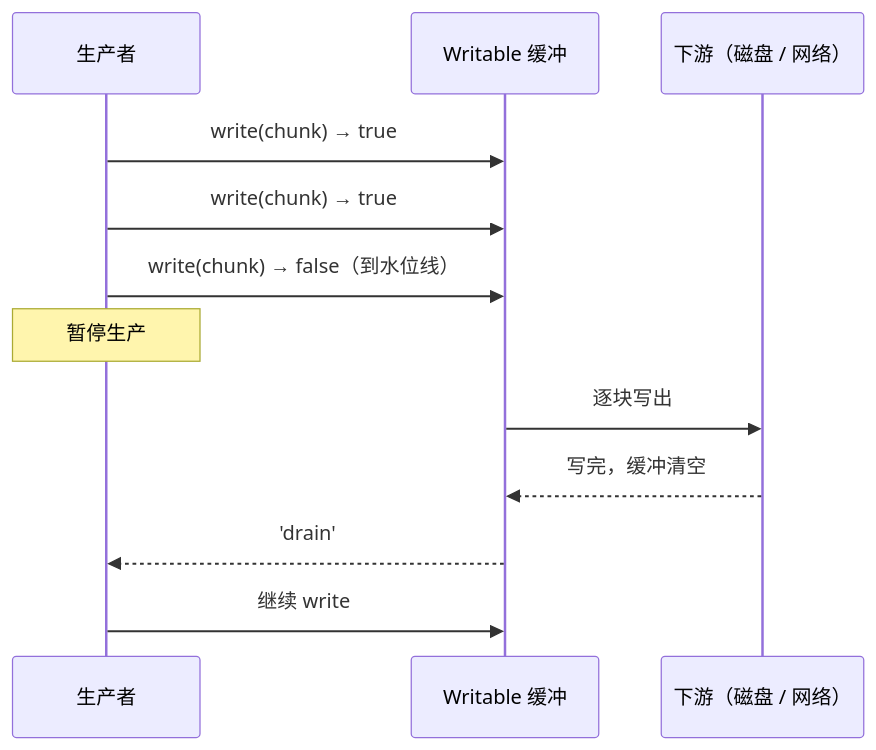
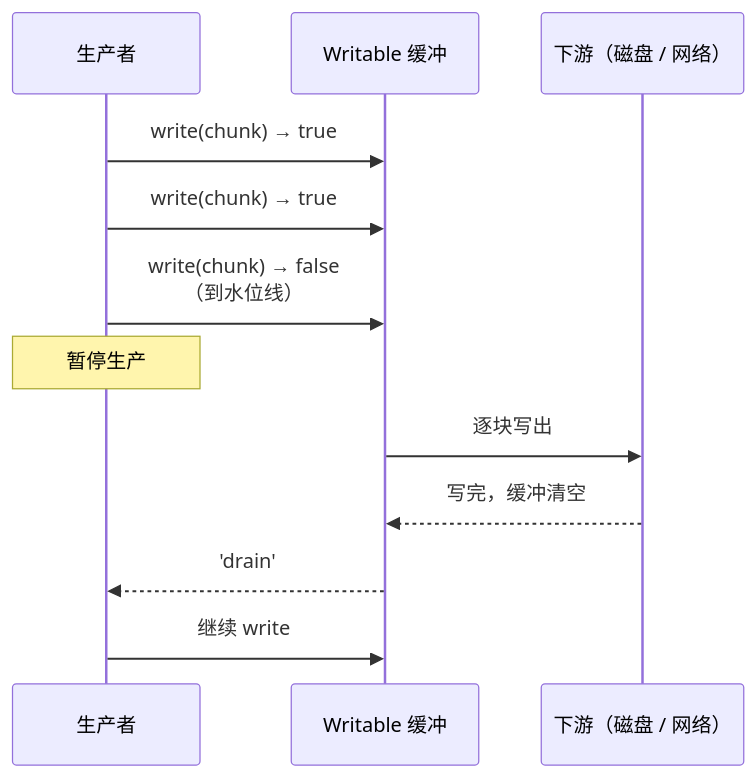
The first of 2 diagrams in books/ts-node-advanced/07-streams-backpressure.md (jarvis-pro/hatch-shelf), drawn with Mermaid before and after one commit. The commit also changed other lines of this file and 432 other files, not shown here.

````diff
--- a/books/ts-node-advanced/07-streams-backpressure.md
+++ b/books/ts-node-advanced/07-streams-backpressure.md
@@ -31,14 +31,14 @@
 ```mermaid
 sequenceDiagram
   participant P as 生产者
   participant W as Writable 缓冲
   participant D as 下游（磁盘 / 网络）
   P->>W: write(chunk) → true
   P->>W: write(chunk) → true
-  P->>W: write(chunk) → false（到水位线）
+  P->>W: write(chunk) → false<br/>（到水位线）
   Note over P: 暂停生产
   W->>D: 逐块写出
   D-->>W: 写完，缓冲清空
   W-->>P: 'drain'
   P->>W: 继续 write
 ```
````
